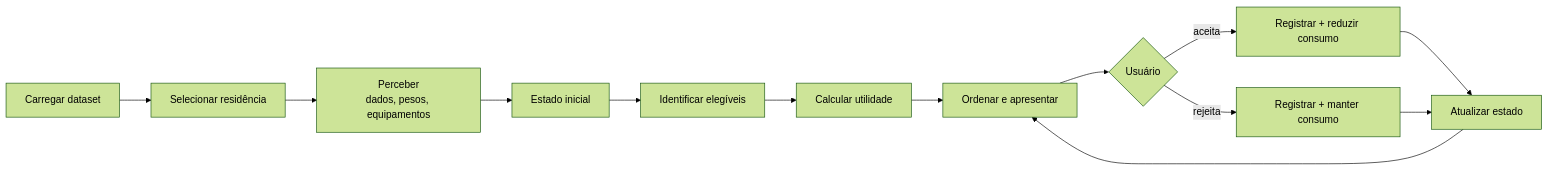
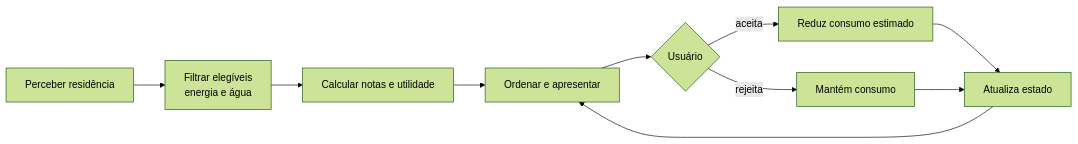
Before and after one commit to Joloano/agente-recomendacao-economia: the second of 2 diagrams in README.md, drawn with Mermaid (forest theme). The commit also changed other lines of this file and 2 other files, not shown here.

Commit message:
Adiciona AGENTS.md, diagramas ER e de classes e atualiza o README

````diff
--- a/README.md
+++ b/README.md
@@ -13,15 +40,12 @@
 ```mermaid
 flowchart LR
-    A[Carregar dataset] --> B[Selecionar residência]
-    B --> C[Perceber<br/>dados, pesos, equipamentos]
-    C --> D[Estado inicial]
-    D --> E[Identificar elegíveis]
-    E --> F[Calcular utilidade]
-    F --> G[Ordenar e apresentar]
-    G --> H{Usuário}
-    H -- aceita --> I[Registrar + reduzir consumo]
-    H -- rejeita --> J[Registrar + manter consumo]
-    I --> K[Atualizar estado]
-    J --> K
-    K --> G
+    A[Perceber residência] --> B[Filtrar elegíveis<br/>energia e água]
+    B --> C[Calcular notas e utilidade]
+    C --> D[Ordenar e apresentar]
+    D --> E{Usuário}
+    E -- aceita --> F[Reduz consumo estimado]
+    E -- rejeita --> G[Mantém consumo]
+    F --> H[Atualiza estado]
+    G --> H
+    H --> D
 ```
````
